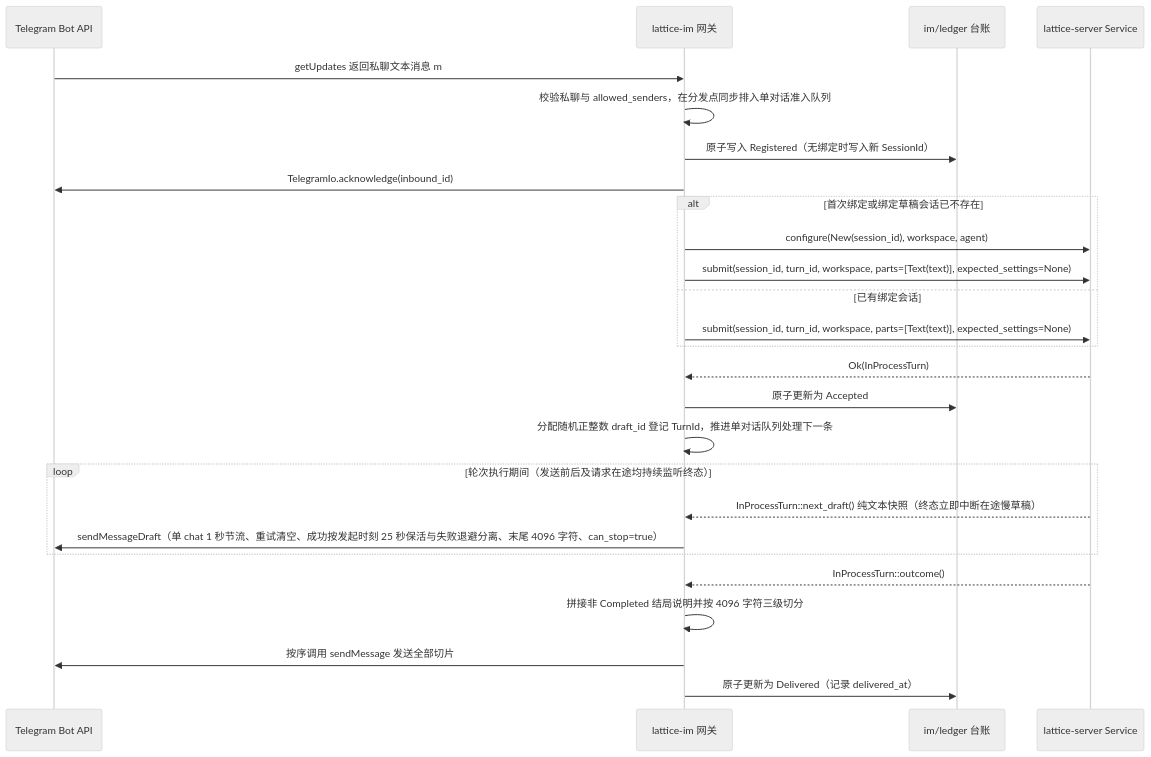
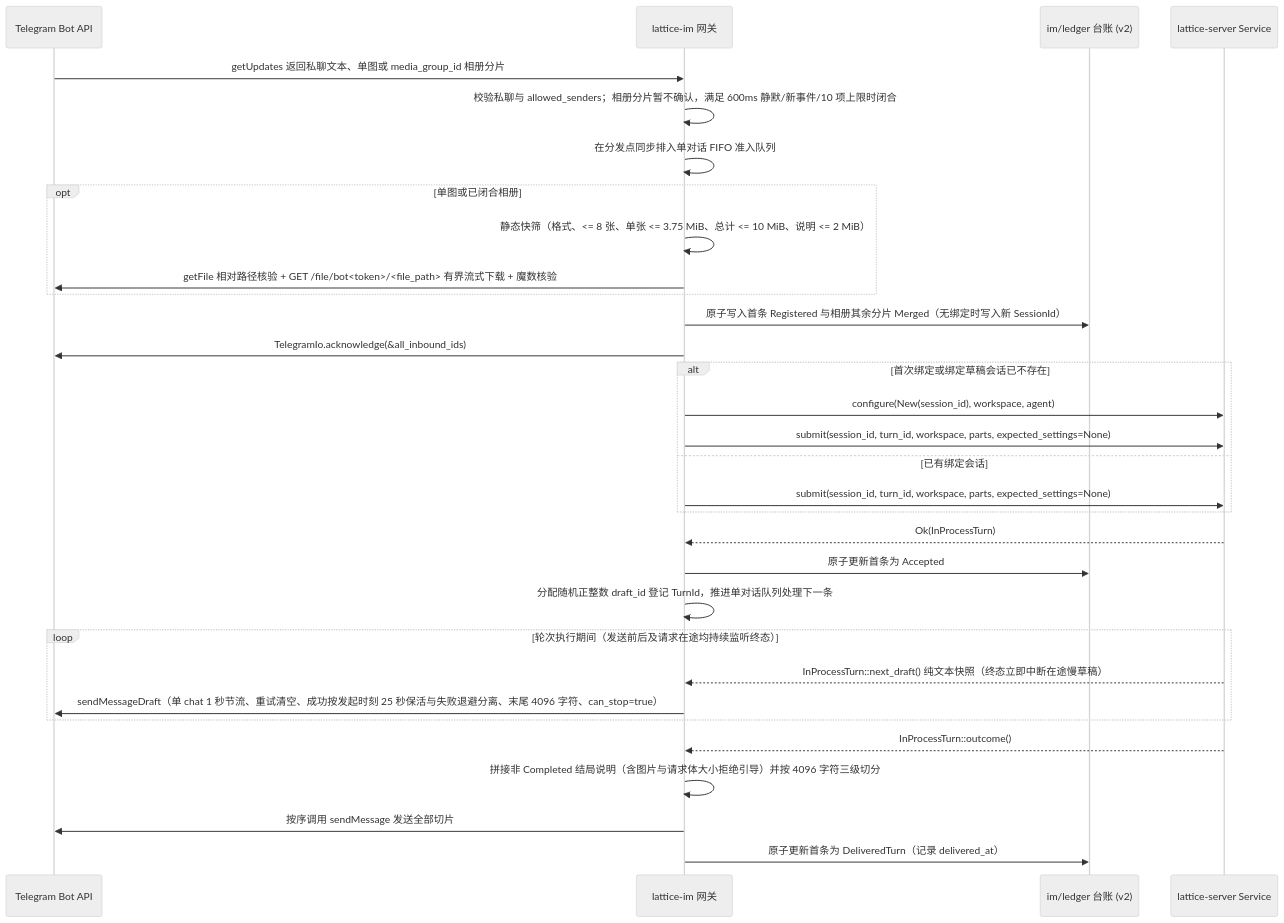
Before and after one commit to Skyline10124/lattice: the first of 2 diagrams in docs/architecture/im.md, drawn with Mermaid (neutral theme). The commit also changed other lines of this file and 20 other files, not shown here.

First line of the commit message:
feat(im)!: 用户图片输入切片 5：Telegram 私聊单图、相册与台账 v2 (#428)

````diff
--- a/docs/architecture/im.md
+++ b/docs/architecture/im.md
@@ -113,29 +123,34 @@
 ```mermaid
 sequenceDiagram
     participant TG as Telegram Bot API
     participant IM as lattice-im 网关
-    participant LG as im/ledger 台账
+    participant LG as im/ledger 台账 (v2)
     participant SV as lattice-server Service
 
-    TG->>IM: getUpdates 返回私聊文本消息 m
-    IM->>IM: 校验私聊与 allowed_senders，在分发点同步排入单对话准入队列
-    IM->>LG: 原子写入 Registered（无绑定时写入新 SessionId）
-    IM->>TG: TelegramIo.acknowledge(inbound_id)
+    TG->>IM: getUpdates 返回私聊文本、单图或 media_group_id 相册分片
+    IM->>IM: 校验私聊与 allowed_senders；相册分片暂不确认，满足 600ms 静默/新事件/10 项上限时闭合
+    IM->>IM: 在分发点同步排入单对话 FIFO 准入队列
+    opt 单图或已闭合相册
+        IM->>IM: 静态快筛（格式、<= 8 张、单张 <= 3.75 MiB、总计 <= 10 MiB、说明 <= 2 MiB）
+        IM->>TG: getFile 相对路径核验 + GET /file/bot<token>/<file_path> 有界流式下载 + 魔数核验
+    end
+    IM->>LG: 原子写入首条 Registered 与相册其余分片 Merged（无绑定时写入新 SessionId）
+    IM->>TG: TelegramIo.acknowledge(&all_inbound_ids)
     alt 首次绑定或绑定草稿会话已不存在
         IM->>SV: configure(New(session_id), workspace, agent)
-        IM->>SV: submit(session_id, turn_id, workspace, parts=[Text(text)], expected_settings=None)
+        IM->>SV: submit(session_id, turn_id, workspace, parts, expected_settings=None)
     else 已有绑定会话
-        IM->>SV: submit(session_id, turn_id, workspace, parts=[Text(text)], expected_settings=None)
+        IM->>SV: submit(session_id, turn_id, workspace, parts, expected_settings=None)
     end
     SV-->>IM: Ok(InProcessTurn)
-    IM->>LG: 原子更新为 Accepted
+    IM->>LG: 原子更新首条为 Accepted
     IM->>IM: 分配随机正整数 draft_id 登记 TurnId，推进单对话队列处理下一条
     loop 轮次执行期间（发送前后及请求在途均持续监听终态）
         SV-->>IM: InProcessTurn::next_draft() 纯文本快照（终态立即中断在途慢草稿）
         IM->>TG: sendMessageDraft（单 chat 1 秒节流、重试清空、成功按发起时刻 25 秒保活与失败退避分离、末尾 4096 字符、can_stop=true）
     end
     SV-->>IM: InProcessTurn::outcome()
-    IM->>IM: 拼接非 Completed 结局说明并按 4096 字符三级切分
+    IM->>IM: 拼接非 Completed 结局说明（含图片与请求体大小拒绝引导）并按 4096 字符三级切分
     IM->>TG: 按序调用 sendMessage 发送全部切片
-    IM->>LG: 原子更新为 Delivered（记录 delivered_at）
+    IM->>LG: 原子更新首条为 DeliveredTurn（记录 delivered_at）
 ```
````
